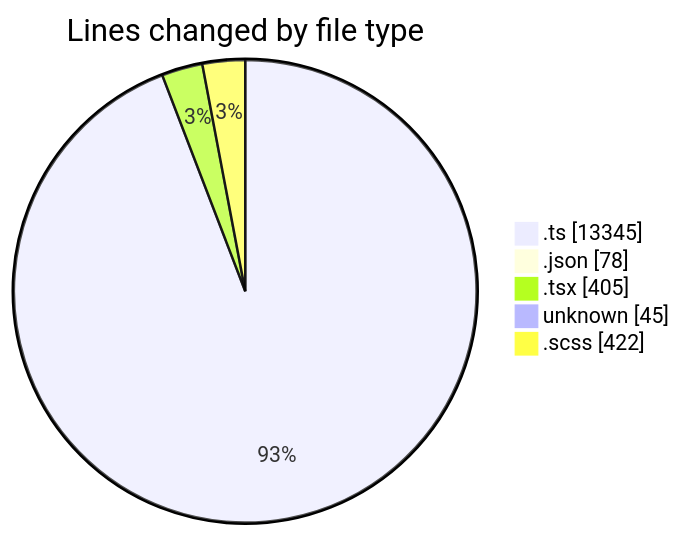
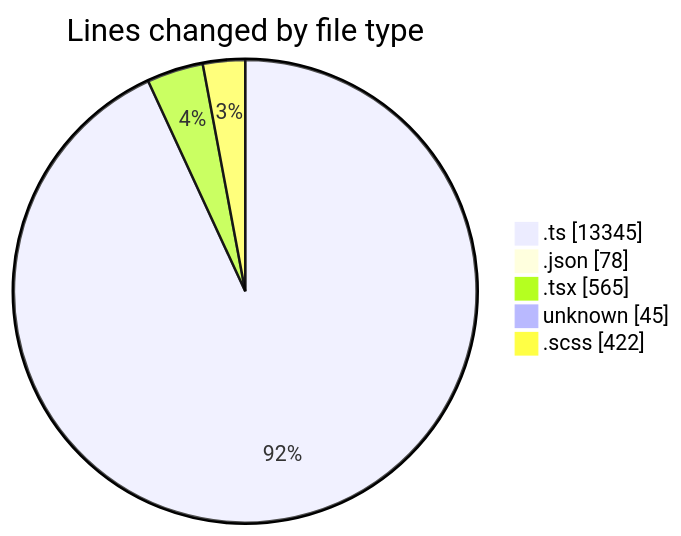
One commit to momahboobian/code-tracking changed the first of 2 diagrams in 2025-08-29/cda/README.md. Above: the diagram before and after it, drawn with Mermaid. The commit also changed other lines of this file and 1 other file, not shown here.

````diff
--- a/2025-08-29/cda/README.md
+++ b/2025-08-29/cda/README.md
@@ -29,9 +30,9 @@
 ```mermaid
 pie showData
 title Lines changed by file type
 ".ts" : 13345
 ".json" : 78
-".tsx" : 405
+".tsx" : 565
 "unknown" : 45
 ".scss" : 422
 ```
````
